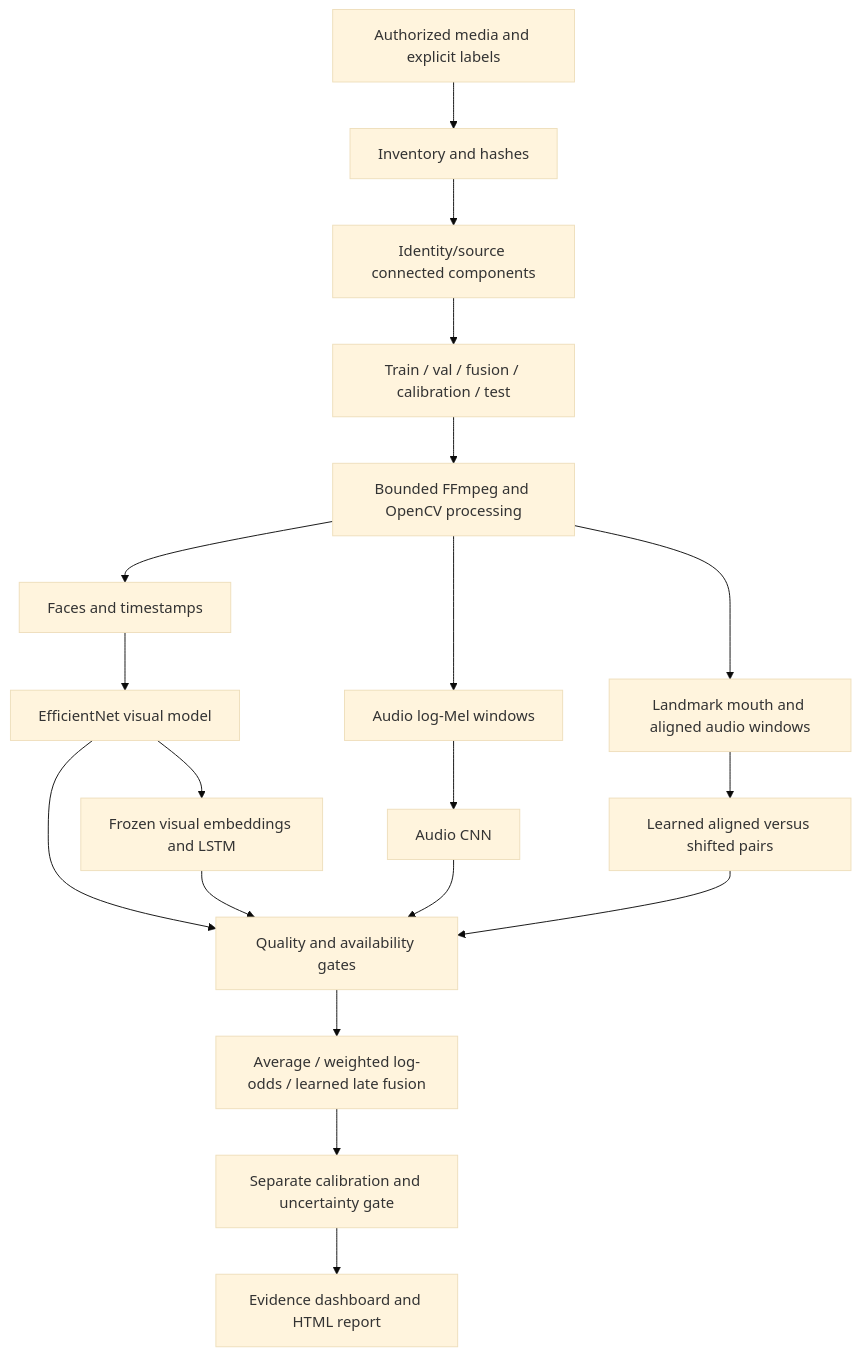
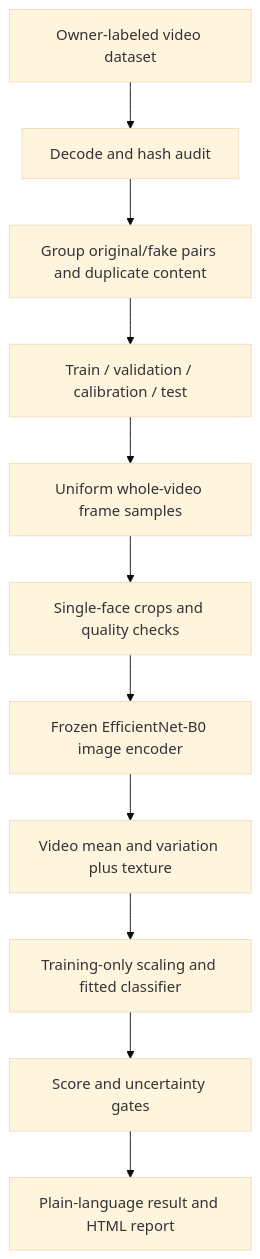
Before and after one commit to Nikhil-avula/Deepfake_Detection: the diagram in ARCHITECTURE.md, drawn with Mermaid (base theme). The commit also changed other lines of this file and 100 other files, not shown here.

Commit message:
Replace multimodal prototype with trained video-only detection project

````diff
--- a/ARCHITECTURE.md
+++ b/ARCHITECTURE.md
@@ -3,21 +3,13 @@
 ```mermaid
 flowchart TD
- A[Authorized media and explicit labels] --> B[Inventory and hashes]
- B --> C[Identity/source connected components]
- C --> D[Train / val / fusion / calibration / test]
- D --> E[Bounded FFmpeg and OpenCV processing]
- E --> F[Faces and timestamps]
- E --> G[Audio log-Mel windows]
- E --> H[Landmark mouth and aligned audio windows]
- F --> I[EfficientNet visual model]
- I --> J[Frozen visual embeddings and LSTM]
- G --> K[Audio CNN]
- H --> L[Learned aligned versus shifted pairs]
- I --> M[Quality and availability gates]
- J --> M
- K --> M
- L --> M
- M --> N[Average / weighted log-odds / learned late fusion]
- N --> O[Separate calibration and uncertainty gate]
- O --> P[Evidence dashboard and HTML report]
+ A[Owner-labeled video dataset] --> B[Decode and hash audit]
+ B --> C[Group original/fake pairs and duplicate content]
+ C --> D[Train / validation / calibration / test]
+ D --> E[Uniform whole-video frame samples]
+ E --> F[Single-face crops and quality checks]
+ F --> G[Frozen EfficientNet-B0 image encoder]
+ G --> H[Video mean and variation plus texture]
+ H --> I[Training-only scaling and fitted classifier]
+ I --> J[Score and uncertainty gates]
+ J --> K[Plain-language result and HTML report]
 ```
````
